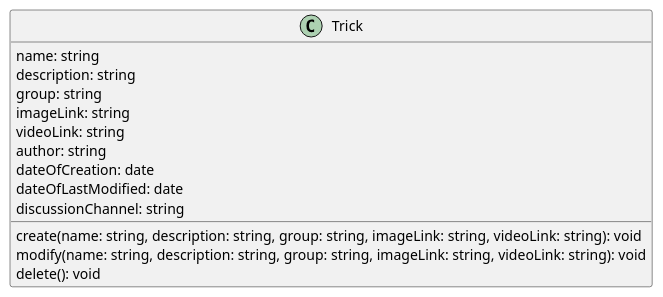
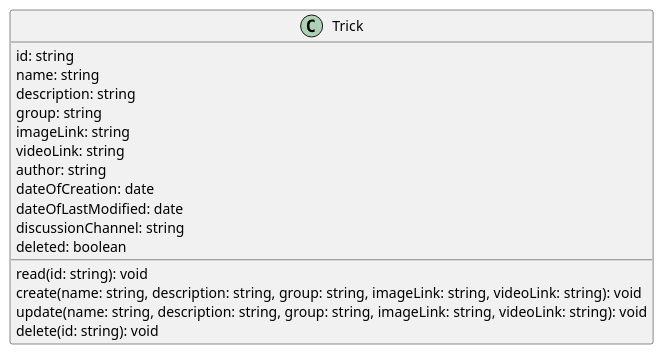
Before and after one commit to AlexisT37/Snowtricks: the diagram in UML/Class diagram/trick.puml, drawn with PlantUML. The commit also changed 1 other file, not shown here.

```diff
--- a/UML/Class diagram/trick.puml
+++ b/UML/Class diagram/trick.puml
@@ -1,19 +1,22 @@
 @startuml trick
 
 class Trick {
+  id: string
   name: string
   description: string
   group: string
   imageLink: string
   videoLink: string
   author: string
   dateOfCreation: date
   dateOfLastModified: date
   discussionChannel: string
+  deleted: boolean
+   read(id: string): void
   create(name: string, description: string, group: string, imageLink: string, videoLink: string): void
-  modify(name: string, description: string, group: string, imageLink: string, videoLink: string): void
-  delete(): void
+  update(name: string, description: string, group: string, imageLink: string, videoLink: string): void
+  delete(id: string): void
 
 }
 
 @enduml
```
